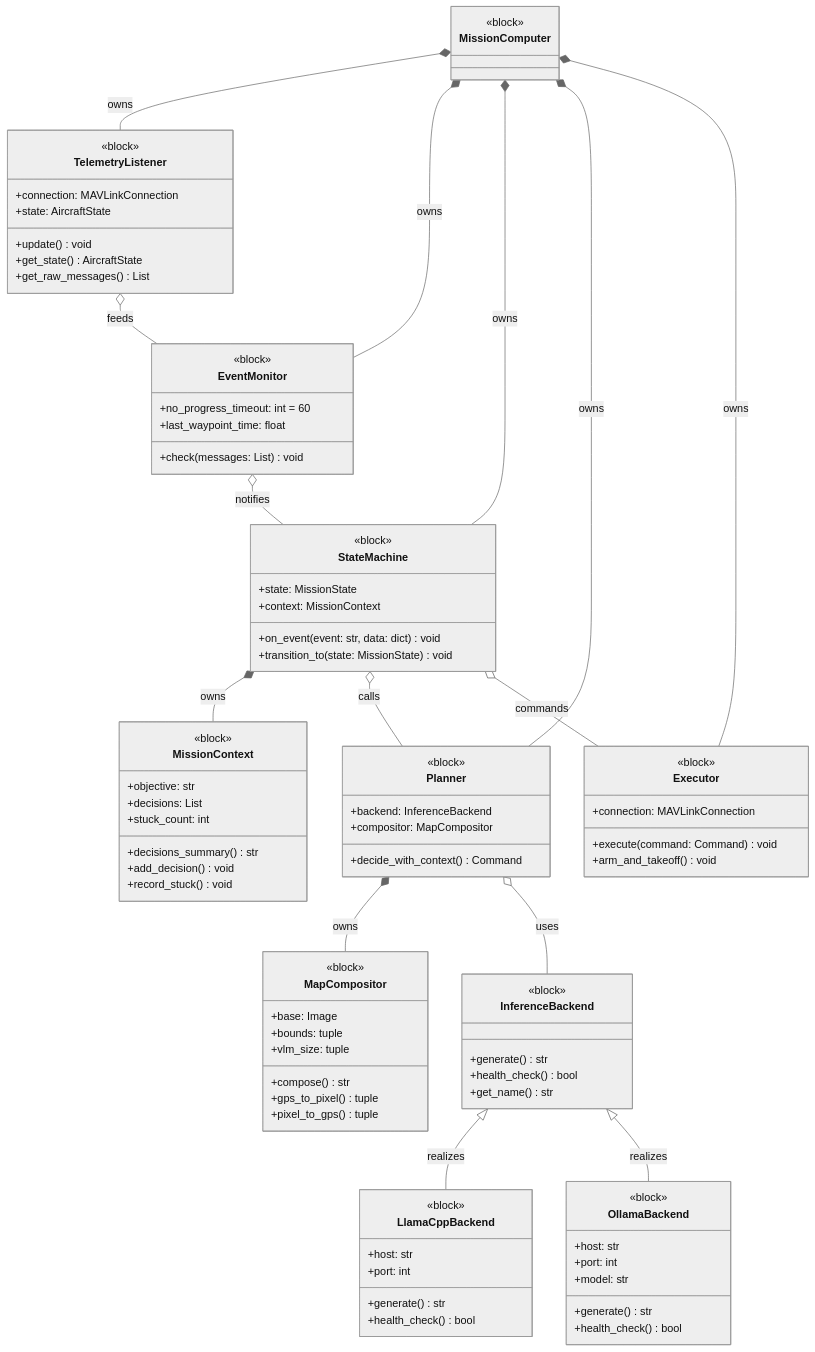
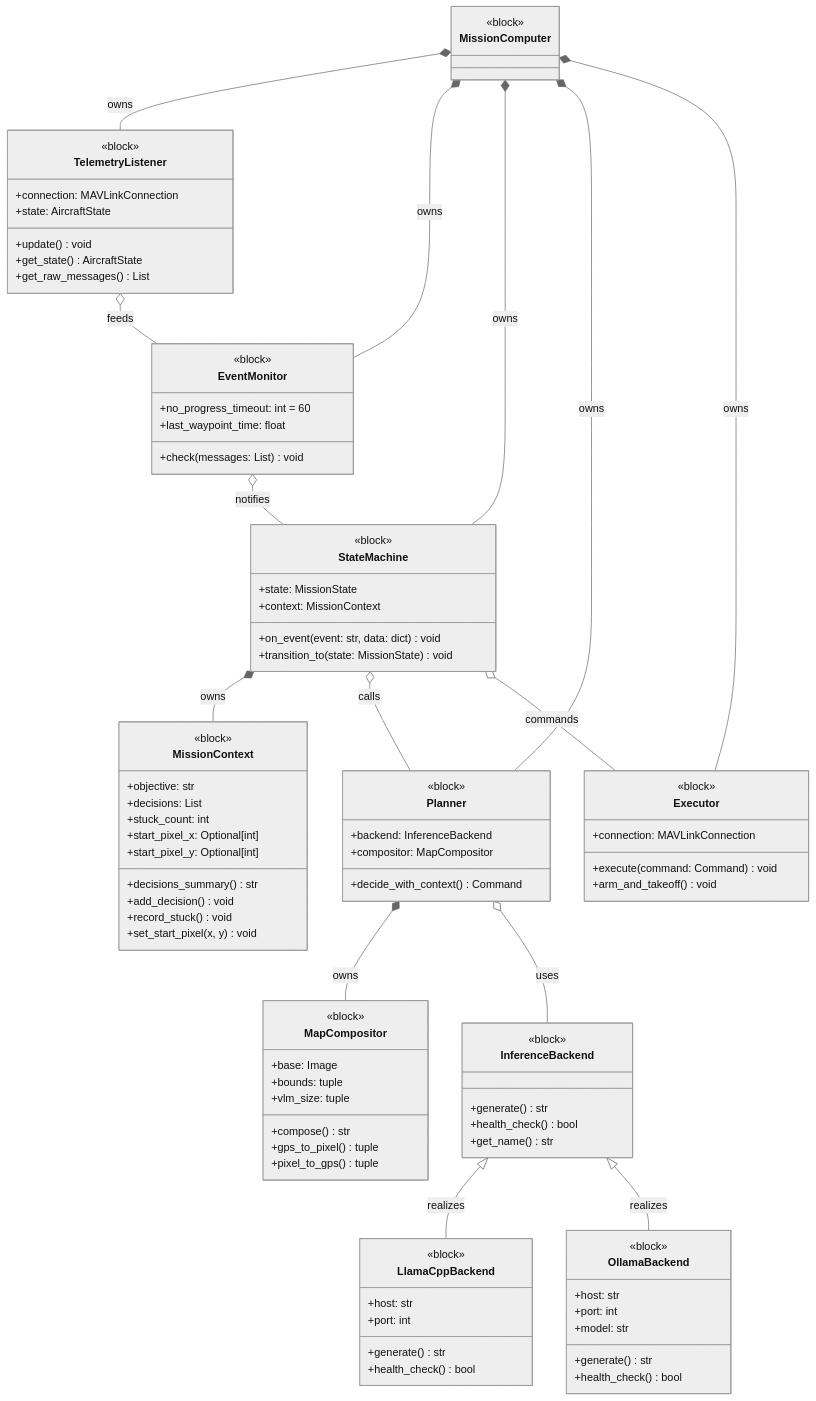
One commit to mattbdotson/LLM-UAV-Mission-Computer changed the first of 2 diagrams in docs/block_definition.md. Above: the diagram before and after it, drawn with Mermaid (neutral theme). The commit also changed other lines of this file and 2 other files, not shown here.

Commit message:
Update docs and session log for start_pixel capture and STUCK/road-mission work

```diff
--- a/docs/block_definition.md
+++ b/docs/block_definition.md
@@ -43,9 +43,12 @@
         +objective: str
         +decisions: List
         +stuck_count: int
+        +start_pixel_x: Optional[int]
+        +start_pixel_y: Optional[int]
         +decisions_summary() str
         +add_decision() void
         +record_stuck() void
+        +set_start_pixel(x, y) void
     }
     class Planner {
         <<block>>
```
